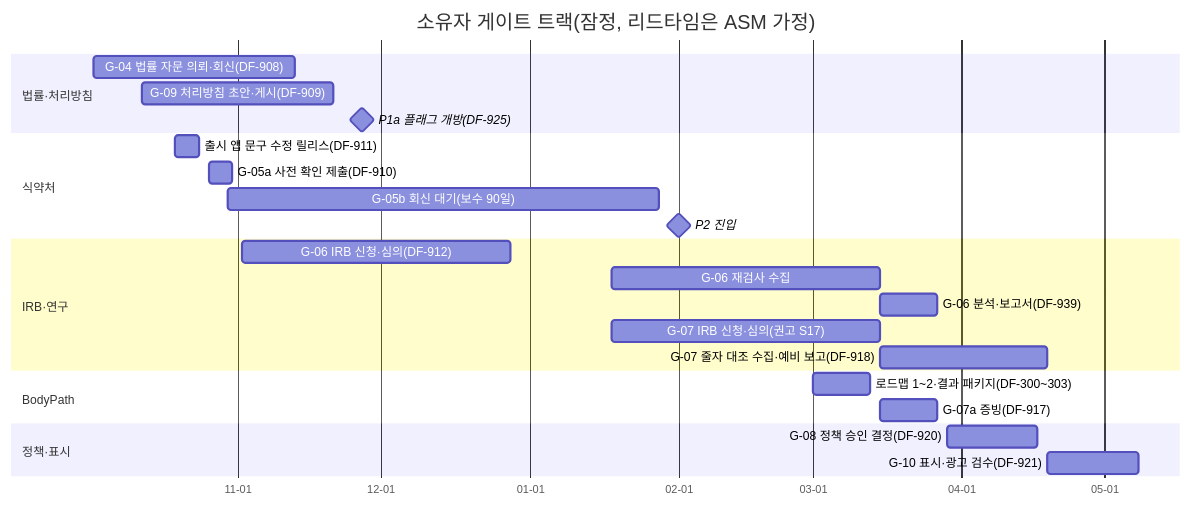
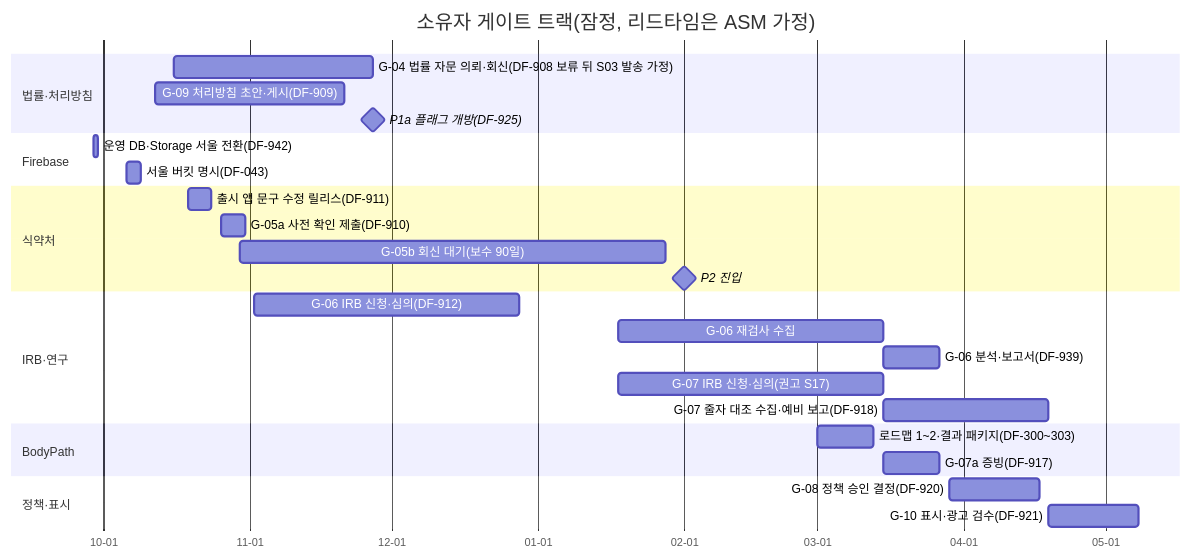
The first of 2 diagrams in docs/v1/03_RELEASE_AND_SPRINT_PLAN.md (TEhyeok/DFET_Coach), drawn with Mermaid before and after one commit. The commit also changed other lines of this file and 7 other files, not shown here.

````diff
--- a/docs/v1/03_RELEASE_AND_SPRINT_PLAN.md
+++ b/docs/v1/03_RELEASE_AND_SPRINT_PLAN.md
@@ -123,27 +124,30 @@
 ```mermaid
 gantt
   title 소유자 게이트 트랙(잠정, 리드타임은 ASM 가정)
   dateFormat YYYY-MM-DD
   axisFormat %m-%d
   section 법률·처리방침
-  G-04 법률 자문 의뢰·회신(DF-908)      :g04, 2026-10-02, 42d
+  G-04 법률 자문 의뢰·회신(DF-908 보류 뒤 S03 발송 가정) :g04, 2026-10-16, 42d
   G-09 처리방침 초안·게시(DF-909)        :g09, 2026-10-12, 40d
   P1a 플래그 개방(DF-925)                :milestone, 2026-11-27, 0d
+  section Firebase
+  운영 DB·Storage 서울 전환(DF-942)       :d942, 2026-09-29, 1d
+  서울 버킷 명시(DF-043)                 :d043, 2026-10-06, 3d
   section 식약처
   출시 앱 문구 수정 릴리스(DF-911)        :d911, 2026-10-19, 5d
   G-05a 사전 확인 제출(DF-910)           :g05a, 2026-10-26, 5d
   G-05b 회신 대기(보수 90일)             :g05b, 2026-10-30, 90d
   P2 진입                               :milestone, 2027-02-01, 0d
   section IRB·연구
   G-06 IRB 신청·심의(DF-912)             :irb6, 2026-11-02, 56d
   G-06 재검사 수집                       :c6, 2027-01-18, 56d
   G-06 분석·보고서(DF-939)               :r6, 2027-03-15, 12d
   G-07 IRB 신청·심의(권고 S17)            :irb7, 2027-01-18, 56d
   G-07 줄자 대조 수집·예비 보고(DF-918)    :c7, 2027-03-15, 35d
   section BodyPath
   로드맵 1~2·결과 패키지(DF-300~303)       :bp, 2027-03-01, 12d
   G-07a 증빙(DF-917)                      :g07a, 2027-03-15, 12d
   section 정책·표시
   G-08 정책 승인 결정(DF-920)             :g08, 2027-03-29, 19d
   G-10 표시·광고 검수(DF-921)             :g10, 2027-04-19, 19d
 ```
````
